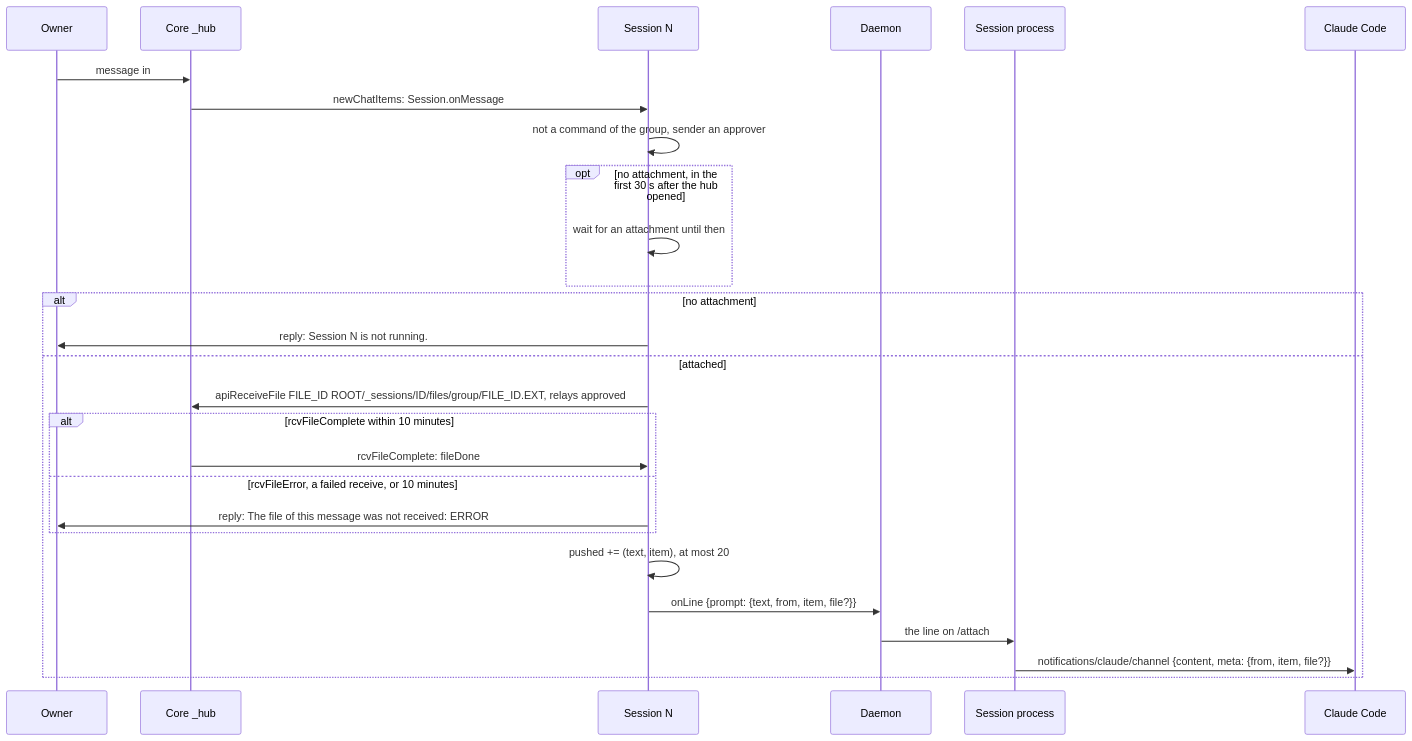
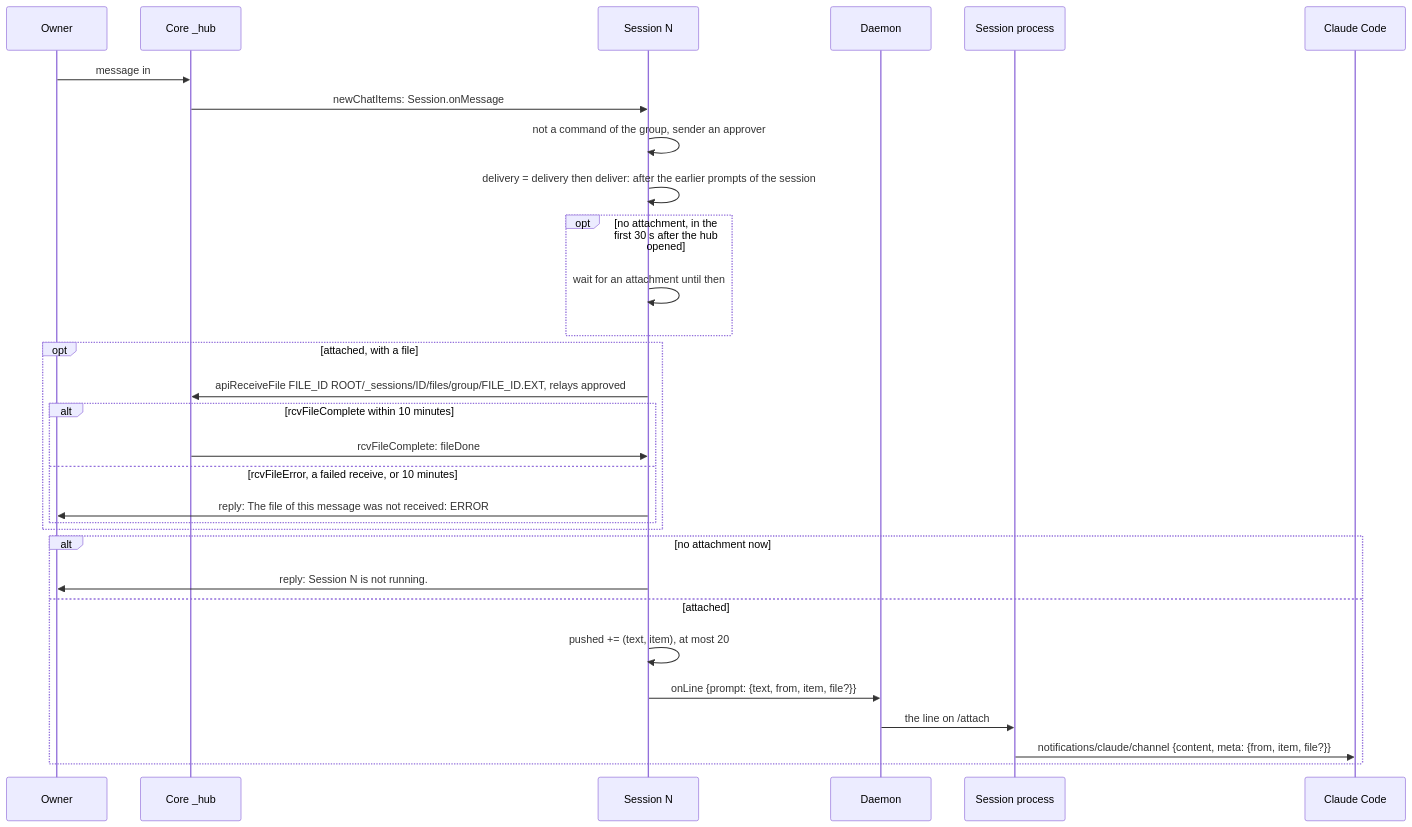
One commit to simplex-chat/simplex-chat changed diagram 20 of 27 in packages/simplex-chat-mcp/spec/flows.md. Above: the diagram before and after it, drawn with Mermaid. The commit also changed other lines of this file and 5 other files, not shown here.

````diff
--- a/packages/simplex-chat-mcp/spec/flows.md
+++ b/packages/simplex-chat-mcp/spec/flows.md
@@ -886,29 +886,32 @@
 ```mermaid
 sequenceDiagram
   participant O as Owner
   participant C as Core _hub
   participant N as Session N
   participant D as Daemon
   participant S as Session process
   participant CC as Claude Code
   O->>C: message in #G, with a file
   C->>N: newChatItems: Session.onMessage
   N->>N: not a command of the group, sender an approver
+  N->>N: delivery = delivery then deliver: after the earlier prompts of the session
   opt no attachment, in the first 30 s after the hub opened
     N->>N: wait for an attachment until then
   end
-  alt no attachment
-    N->>O: reply: Session N is not running.
-  else attached
+  opt attached, with a file
     N->>C: apiReceiveFile FILE_ID ROOT/_sessions/ID/files/group/FILE_ID.EXT, relays approved
     alt rcvFileComplete within 10 minutes
       C->>N: rcvFileComplete: fileDone
     else rcvFileError, a failed receive, or 10 minutes
       N->>O: reply: The file of this message was not received: ERROR
     end
+  end
+  alt no attachment now
+    N->>O: reply: Session N is not running.
+  else attached
     N->>N: pushed += (text, item), at most 20
     N->>D: onLine {prompt: {text, from, item, file?}}
     D->>S: the line on /attach
     S->>CC: notifications/claude/channel {content, meta: {from, item, file?}}
   end
 ```
````
